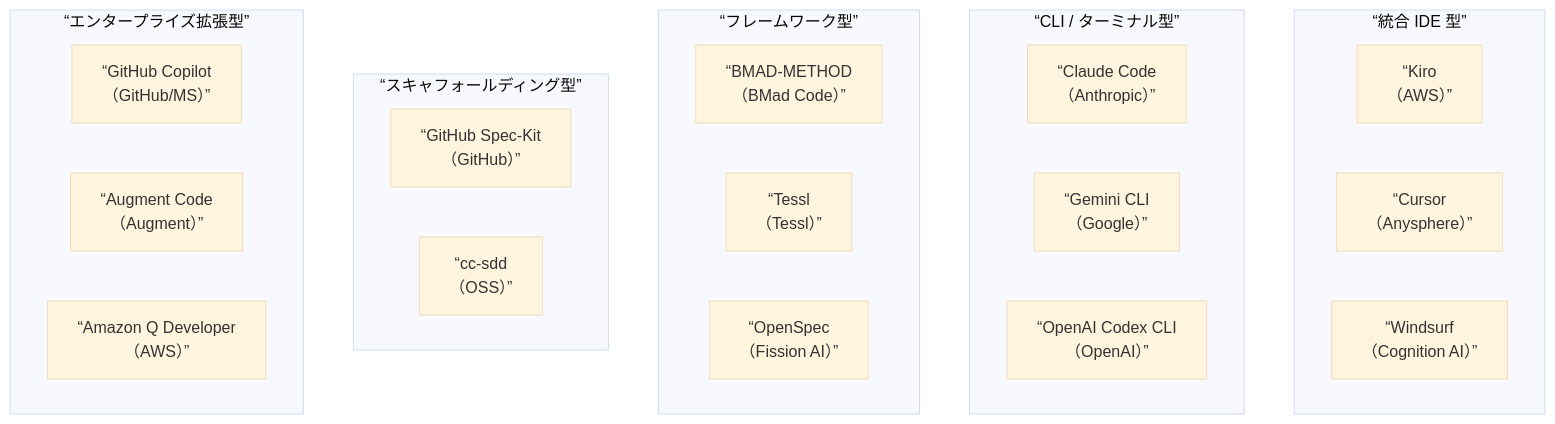
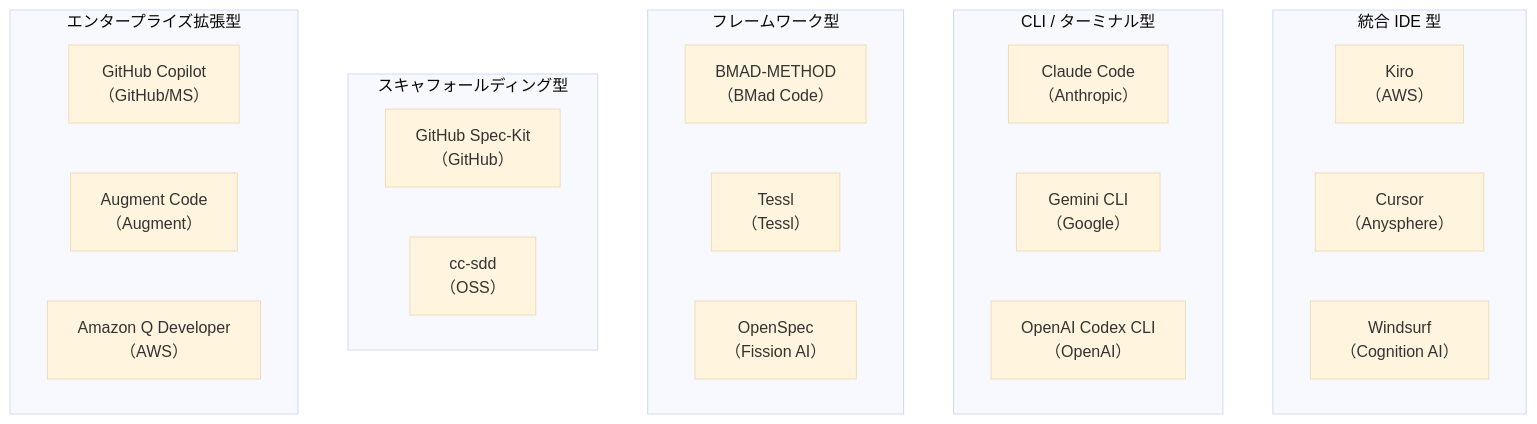
Before and after one commit to GoodRelax/gr-cheat-sheets: diagram 11 of 20 in ai-coding/sdd_report.md, drawn with Mermaid (base theme). The commit also changed other lines of this file, not shown here.

````diff
--- a/ai-coding/sdd_report.md
+++ b/ai-coding/sdd_report.md
@@ -526,27 +526,27 @@
 ```mermaid
 graph TD
-    subgraph IDE[“統合 IDE 型”]
-        KIRO_N[“Kiro<br/>（AWS）”]
-        CURSOR_N[“Cursor<br/>（Anysphere）”]
-        WINDS_N[“Windsurf<br/>（Cognition AI）”]
+    subgraph IDE["統合 IDE 型"]
+        KIRO_N["Kiro<br/>（AWS）"]
+        CURSOR_N["Cursor<br/>（Anysphere）"]
+        WINDS_N["Windsurf<br/>（Cognition AI）"]
     end
-    subgraph CLI[“CLI / ターミナル型”]
-        CC_N[“Claude Code<br/>（Anthropic）”]
-        GCLI[“Gemini CLI<br/>（Google）”]
-        CODEX[“OpenAI Codex CLI<br/>（OpenAI）”]
+    subgraph CLI["CLI / ターミナル型"]
+        CC_N["Claude Code<br/>（Anthropic）"]
+        GCLI["Gemini CLI<br/>（Google）"]
+        CODEX["OpenAI Codex CLI<br/>（OpenAI）"]
     end
-    subgraph FW[“フレームワーク型”]
-        BMAD_N[“BMAD-METHOD<br/>（BMad Code）”]
-        TESSL_N[“Tessl<br/>（Tessl）”]
-        OSPEC[“OpenSpec<br/>（Fission AI）”]
+    subgraph FW["フレームワーク型"]
+        BMAD_N["BMAD-METHOD<br/>（BMad Code）"]
+        TESSL_N["Tessl<br/>（Tessl）"]
+        OSPEC["OpenSpec<br/>（Fission AI）"]
     end
-    subgraph SCAFF[“スキャフォールディング型”]
-        SKIT[“GitHub Spec-Kit<br/>（GitHub）”]
-        CCSDD[“cc-sdd<br/>（OSS）”]
+    subgraph SCAFF["スキャフォールディング型"]
+        SKIT["GitHub Spec-Kit<br/>（GitHub）"]
+        CCSDD["cc-sdd<br/>（OSS）"]
     end
-    subgraph ENT[“エンタープライズ拡張型”]
-        COP_N[“GitHub Copilot<br/>（GitHub/MS）”]
-        AUG[“Augment Code<br/>（Augment）”]
-        AQD[“Amazon Q Developer<br/>（AWS）”]
+    subgraph ENT["エンタープライズ拡張型"]
+        COP_N["GitHub Copilot<br/>（GitHub/MS）"]
+        AUG["Augment Code<br/>（Augment）"]
+        AQD["Amazon Q Developer<br/>（AWS）"]
     end
 ```
````
